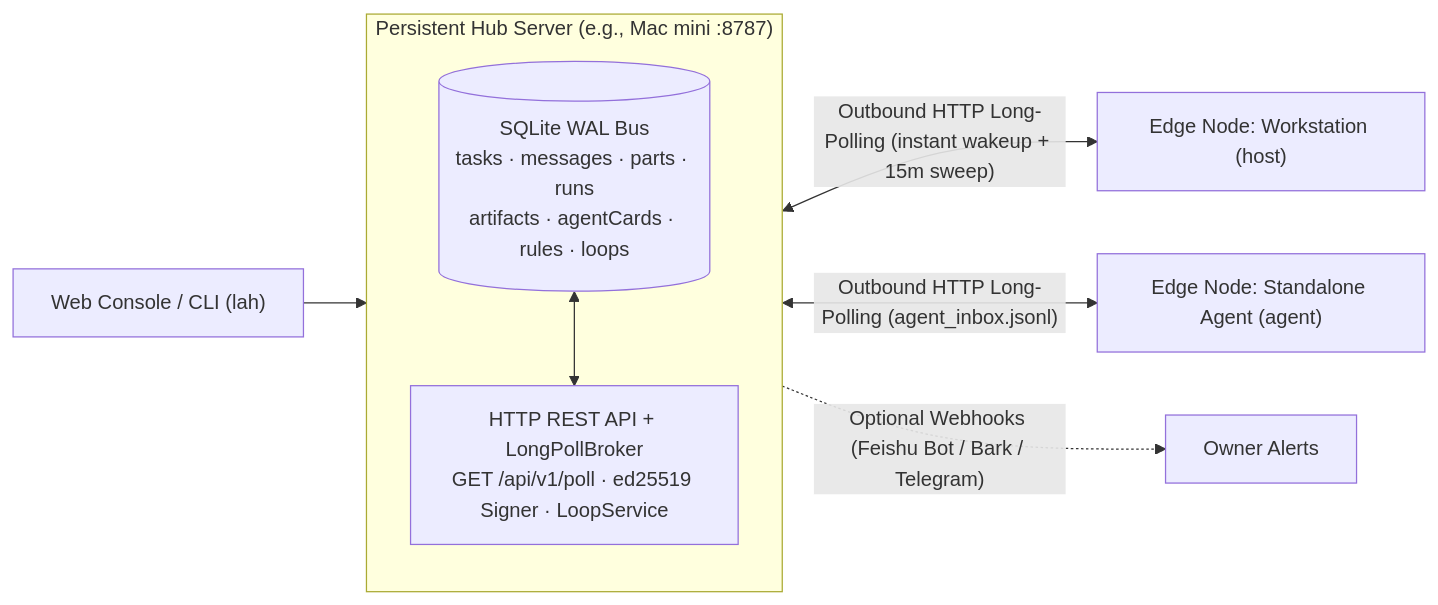
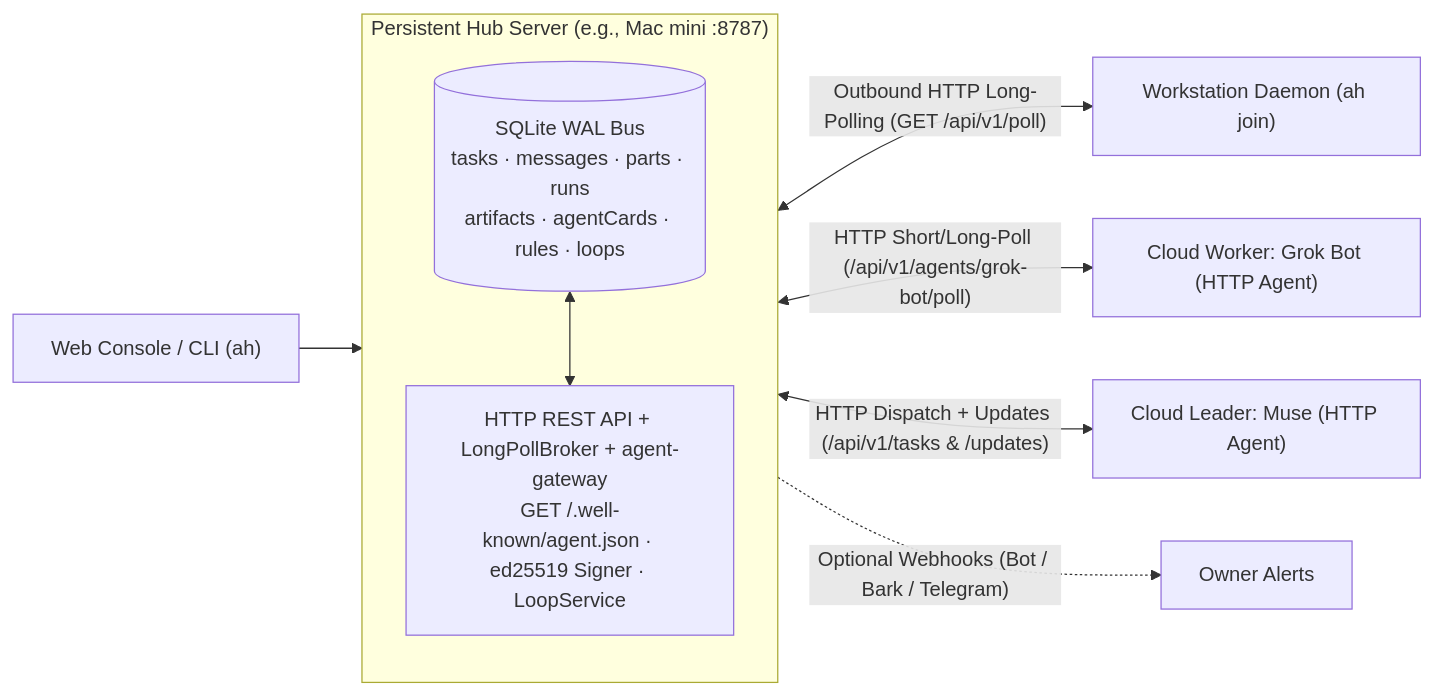
One commit to backtomyfuture/a2a-hub changed the diagram in README.en.md. Above: the diagram before and after it, drawn with Mermaid. The commit also changed other lines of this file and 101 other files, not shown here.

First line of the commit message:
feat: unify HTTP gateway & polling, split 2x2 skills, and rename CLI to ah

````diff
--- a/README.en.md
+++ b/README.en.md
@@ -31,13 +31,14 @@
 ```mermaid
 flowchart LR
-    WEB["Web Console / CLI (lah)"] --> HUB
+    WEB["Web Console / CLI (ah)"] --> HUB
     subgraph HUB["Persistent Hub Server (e.g., Mac mini :8787)"]
         direction TB
         SQL[("SQLite WAL Bus\ntasks · messages · parts · runs\nartifacts · agentCards · rules · loops")]
-        API["HTTP REST API + LongPollBroker\nGET /api/v1/poll · ed25519 Signer · LoopService"]
+        API["HTTP REST API + LongPollBroker + agent-gateway\nGET /.well-known/agent.json · ed25519 Signer · LoopService"]
         SQL <--> API
     end
-    HUB <-->|"Outbound HTTP Long-Polling (instant wakeup + 15m sweep)"| N1["Edge Node: Workstation (host)"]
-    HUB <-->|"Outbound HTTP Long-Polling (agent_inbox.jsonl)"| N2["Edge Node: Standalone Agent (agent)"]
-    HUB -.->|"Optional Webhooks (Feishu Bot / Bark / Telegram)"| OWNER["Owner Alerts"]
+    HUB <-->|"Outbound HTTP Long-Polling (GET /api/v1/poll)"| N1["Workstation Daemon (ah join)"]
+    HUB <-->|"HTTP Short/Long-Poll (/api/v1/agents/grok-bot/poll)"| N2["Cloud Worker: Grok Bot (HTTP Agent)"]
+    HUB <-->|"HTTP Dispatch + Updates (/api/v1/tasks & /updates)"| N3["Cloud Leader: Muse (HTTP Agent)"]
+    HUB -.->|"Optional Webhooks (Bot / Bark / Telegram)"| OWNER["Owner Alerts"]
 ```
````
